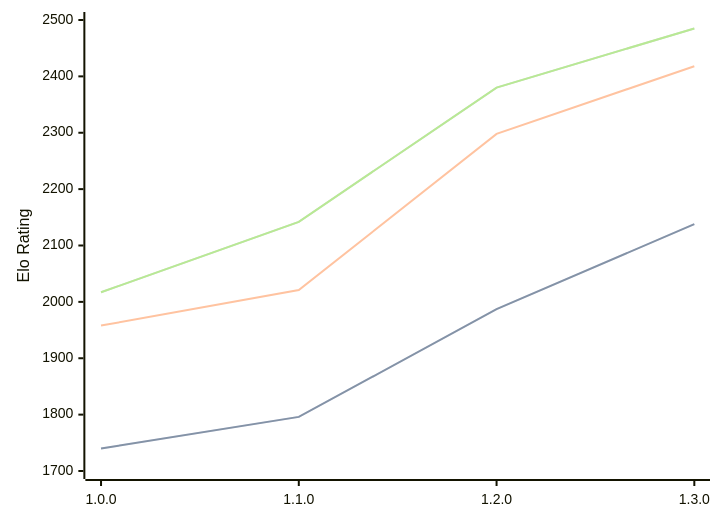
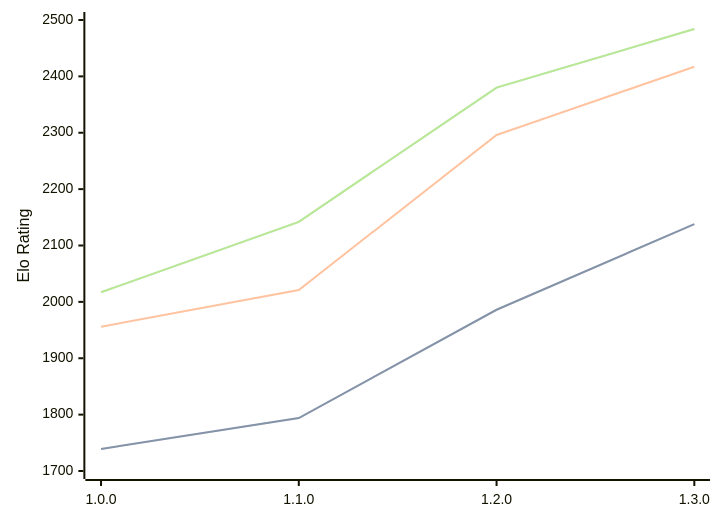
The first of 3 diagrams in engines/Anodos.md (computer-chess-index/cci), drawn with Mermaid before and after one commit. The commit also changed other lines of this file, not shown here.

Commit message:
Update CCI Ratings (ELO VLTC) - 2026-06-27

````diff
--- a/engines/Anodos.md
+++ b/engines/Anodos.md
@@ -45,11 +45,11 @@
 ```mermaid
 %%{init: {"theme":"base","themeVariables":{"seriesColors:['#a3a3a3','#222221','#faa371']}}}%%
 xychart-beta
   x-axis ["1.0.0", "1.1.0", "1.2.0", "1.3.0"]
   y-axis "Elo Rating" 1700 --> 2500
-  line "STC (8.0+0.08s)" [1740, 1796, 1987, 2138]
-  line "STC (8.0+0.08s)" [1740, 1796, 1987, 2138]
-  line "LTC (60.0+0.60s)" [1958, 2021, 2298, 2418]
-  line "VLTC (2m24s+1.12s)" [2017, 2142, 2380, 2485]
-  line "VLTC (2m24s+1.12s)" [2017, 2142, 2380, 2485]
+  line "STC (8.0+0.08s)" [1739, 1794, 1986, 2138]
+  line "STC (8.0+0.08s)" [1739, 1794, 1986, 2138]
+  line "LTC (60.0+0.60s)" [1956, 2021, 2296, 2417]
+  line "VLTC (2m24s+1.12s)" [2017, 2142, 2380, 2484]
+  line "VLTC (2m24s+1.12s)" [2017, 2142, 2380, 2484]
 ```
````
